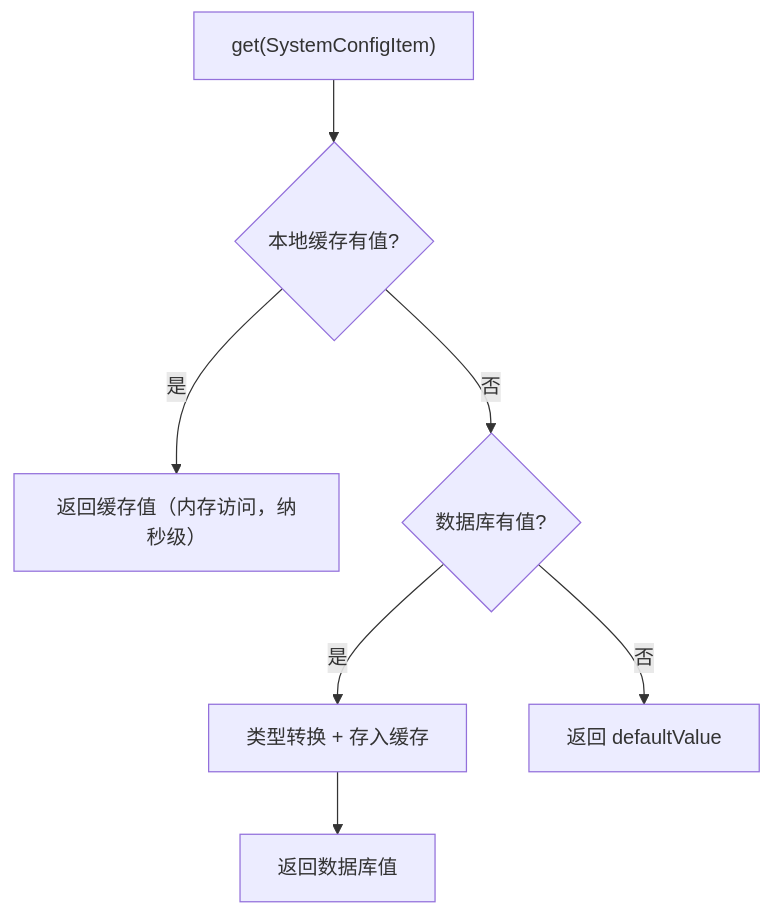
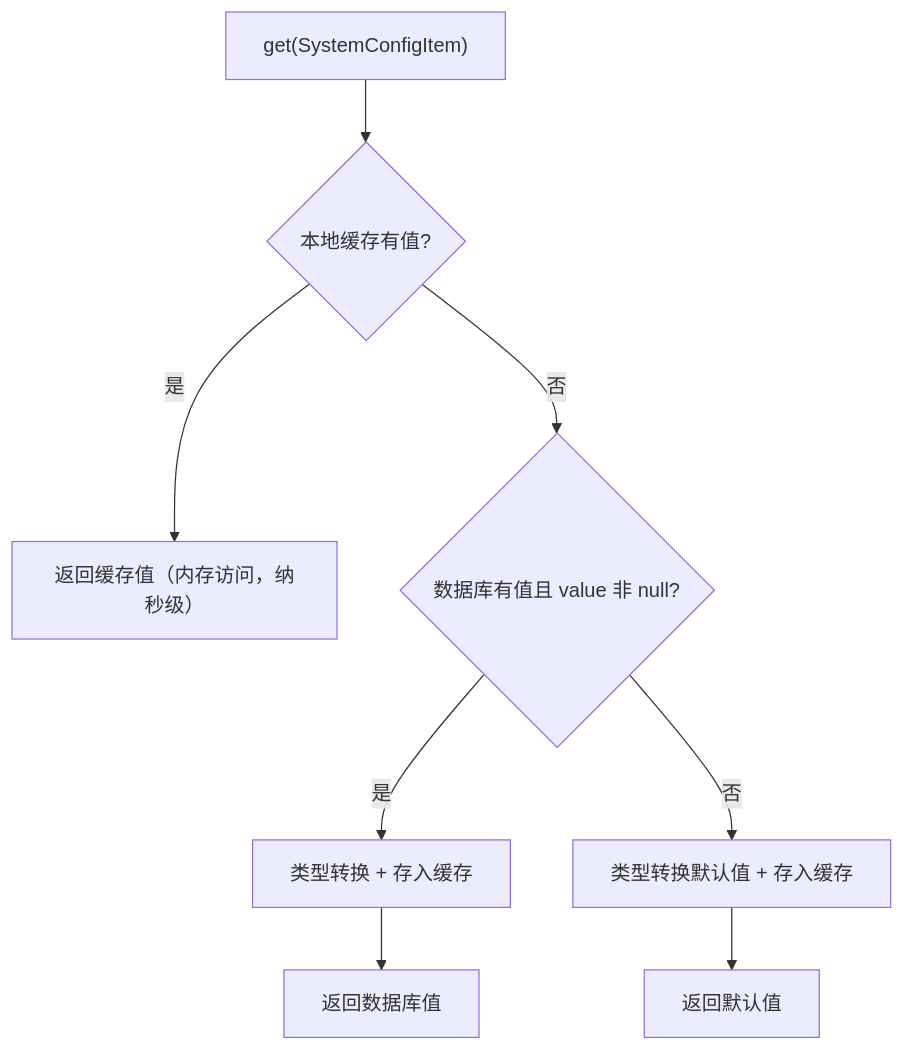
Before and after one commit to Smithhss/YanQue-Admin: the eighth of 47 diagrams in docs/tutorial.md, drawn with Mermaid. The commit also changed other lines of this file and 3 other files, not shown here.

````diff
--- a/docs/tutorial.md
+++ b/docs/tutorial.md
@@ -2642,11 +2642,12 @@
 ```mermaid
 flowchart TD
     A["get(SystemConfigItem)"] --> B{本地缓存有值?}
     B -- 是 --> C["返回缓存值（内存访问，纳秒级）"]
-    B -- 否 --> D{数据库有值?}
+    B -- 否 --> D{数据库有值且 value 非 null?}
 
     D -- 是 --> E["类型转换 + 存入缓存"]
     E --> F["返回数据库值"]
 
-    D -- 否 --> G["返回 defaultValue"]
+    D -- 否 --> G["类型转换默认值 + 存入缓存"]
+    G --> H["返回默认值"]
 ```
````
